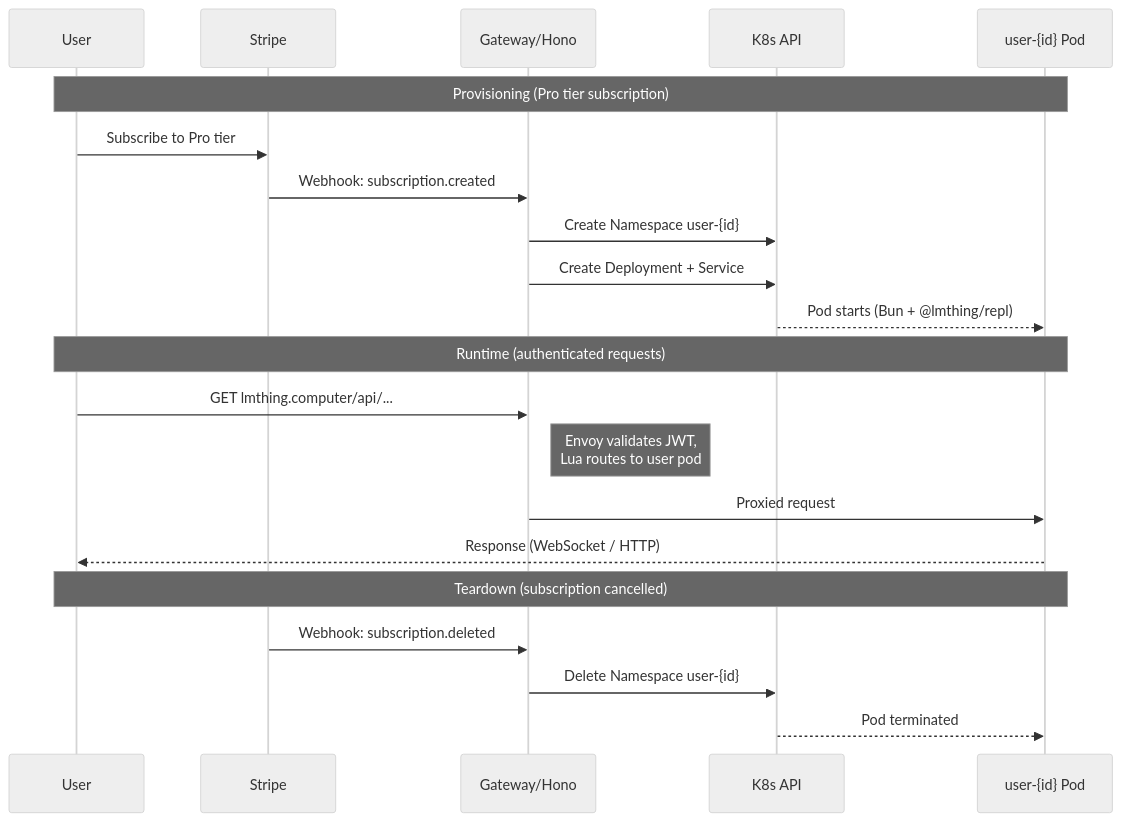
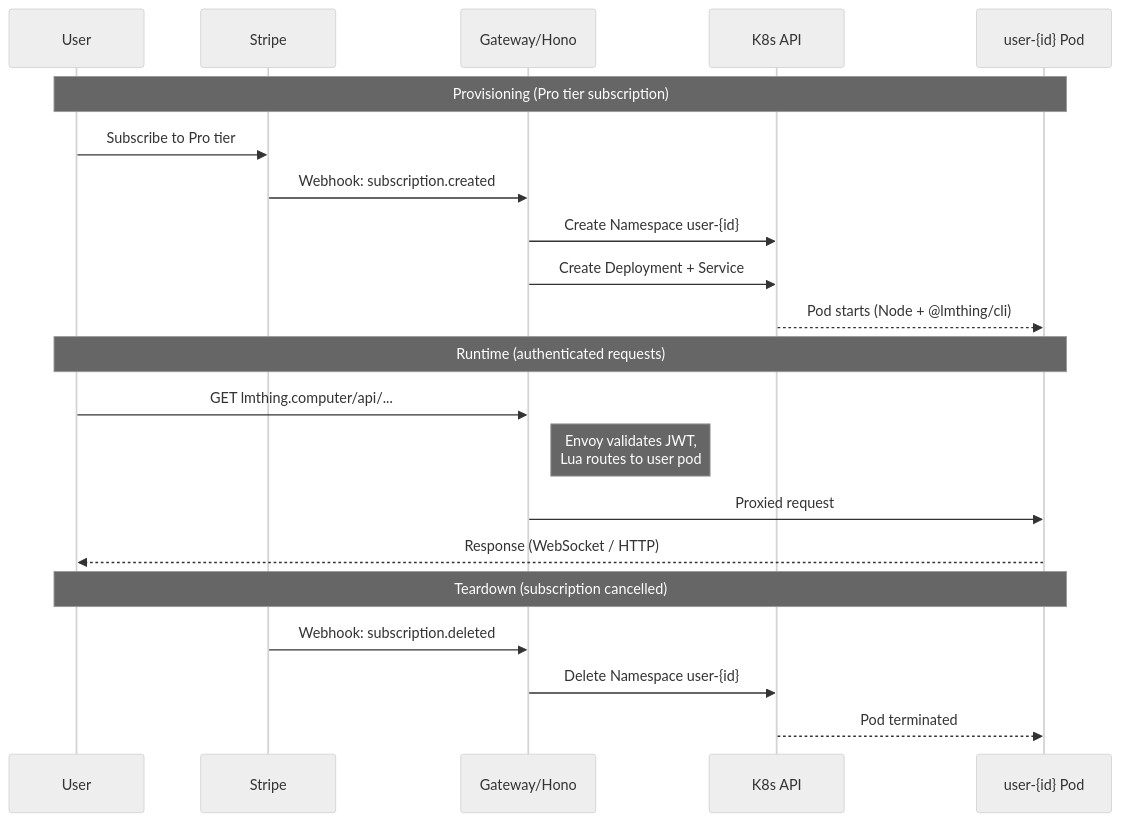
The fourth of 7 diagrams in devops/README.md (lmthing/lmthing), drawn with Mermaid (neutral theme) before and after one commit. The commit also changed other lines of this file and 16 other files, not shown here.

````diff
--- a/devops/README.md
+++ b/devops/README.md
@@ -121,26 +121,26 @@
 ```mermaid
 sequenceDiagram
     participant User
     participant Stripe
     participant Gateway as Gateway/Hono
     participant K8sAPI as K8s API
     participant Pod as user-{id} Pod
 
     Note over User,Pod: Provisioning (Pro tier subscription)
     User->>Stripe: Subscribe to Pro tier
     Stripe->>Gateway: Webhook: subscription.created
     Gateway->>K8sAPI: Create Namespace user-{id}
     Gateway->>K8sAPI: Create Deployment + Service
-    K8sAPI-->>Pod: Pod starts (Bun + @lmthing/repl)
+    K8sAPI-->>Pod: Pod starts (Node + @lmthing/cli)
 
     Note over User,Pod: Runtime (authenticated requests)
     User->>Gateway: GET lmthing.computer/api/...
     Note right of Gateway: Envoy validates JWT,<br/>Lua routes to user pod
     Gateway->>Pod: Proxied request
     Pod-->>User: Response (WebSocket / HTTP)
 
     Note over User,Pod: Teardown (subscription cancelled)
     Stripe->>Gateway: Webhook: subscription.deleted
     Gateway->>K8sAPI: Delete Namespace user-{id}
     K8sAPI-->>Pod: Pod terminated
 ```
````
